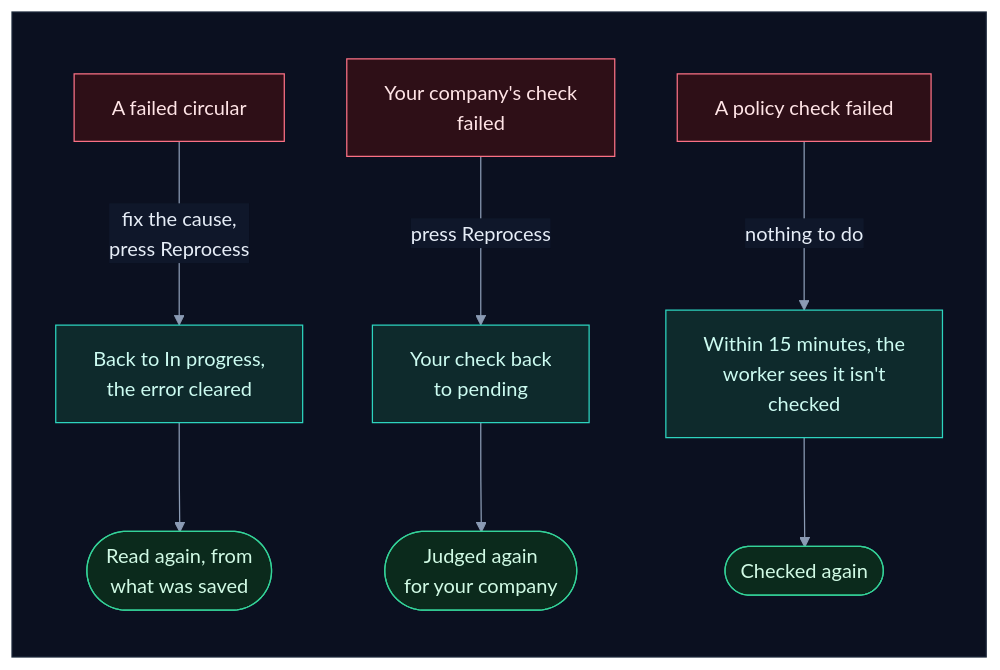
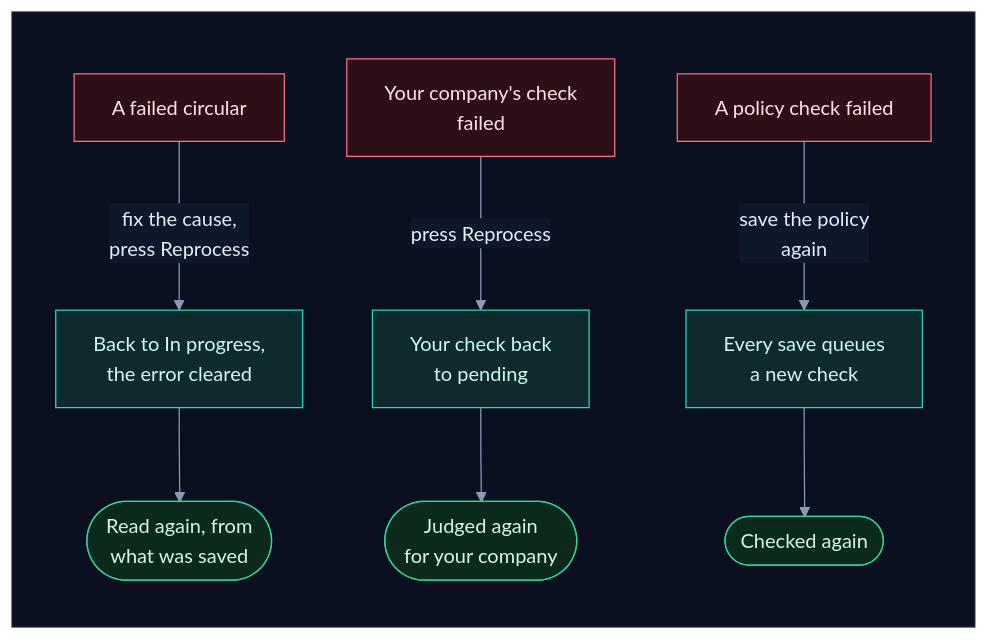
One commit to selvakumarperumal/Regulatory_Circular_Impact_Agent changed diagram 54 of 56 in how_it_works.md. Above: the diagram before and after it, drawn with Mermaid. The commit also changed other lines of this file and 7 other files, not shown here.

````diff
--- a/how_it_works.md
+++ b/how_it_works.md
@@ -2606,27 +2660,27 @@
 ```mermaid
 %%{init: {"theme": "base", "flowchart": {"diagramPadding": 0}, "themeVariables": {"darkMode": true, "primaryColor": "#16213a", "primaryTextColor": "#e6edf7", "primaryBorderColor": "#475a7a", "lineColor": "#8b9bb4", "secondaryColor": "#1b2436", "tertiaryColor": "#101a2e", "edgeLabelBackground": "#0f172a", "textColor": "#e2e8f0", "clusterBkg": "#0f1728", "clusterBorder": "#2b3a55", "titleColor": "#c4b5fd", "nodeTextColor": "#e6edf7"}}}%%
 flowchart TD
     subgraph canvas[" "]
         direction TB
         f1["A failed circular"] -->|"fix the cause,<br/>press Reprocess"| a1["Back to In progress,<br/>the error cleared"]
         a1 --> t1(["Read again, from<br/>what was saved"])
         f2["Your company's check<br/>failed"] -->|"press Reprocess"| a2["Your check back<br/>to pending"]
         a2 --> t2(["Judged again<br/>for your company"])
-        f3["A policy check failed"] -->|"nothing to do"| a3["Within 15 minutes, the<br/>worker sees it isn't<br/>checked"]
+        f3["A policy check failed"] -->|"save the policy<br/>again"| a3["Every save queues<br/>a new check"]
         a3 --> t3(["Checked again"])
     end
     classDef svc fill:#0e2a2c,stroke:#2dd4bf,color:#ccfbf1
     classDef data fill:#1c1a47,stroke:#818cf8,color:#e0e7ff
     classDef ext fill:#2a1640,stroke:#c084fc,color:#f3e8ff
     classDef gpu fill:#2d1b0c,stroke:#fb923c,color:#ffedd5
     classDef ask fill:#2a2410,stroke:#fbbf24,color:#fef3c7
     classDef ok fill:#0b2a1c,stroke:#34d399,color:#d1fae5
     classDef bad fill:#2e0f17,stroke:#fb7185,color:#ffe4e6
     classDef start fill:#1c2a0e,stroke:#a7ef6f,color:#ecfccb
     classDef muted fill:#1a2130,stroke:#64748b,color:#cbd5e1
     classDef queue fill:#0c2231,stroke:#38bdf8,color:#e0f2fe
     class f1,f2,f3 bad
     class a1,a2,a3 svc
     class t1,t2,t3 ok
     style canvas fill:#0b1020,stroke:#1e293b,color:#0b1020
 ```
````
